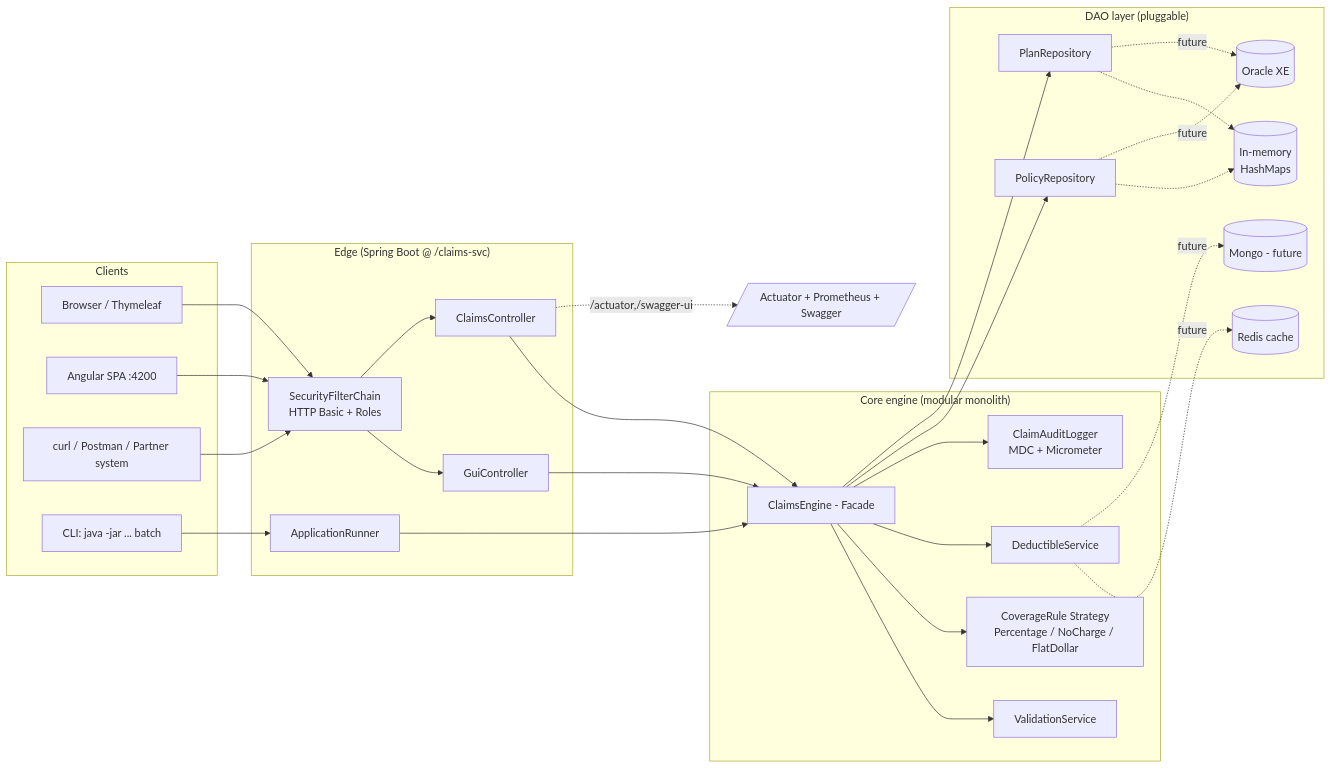
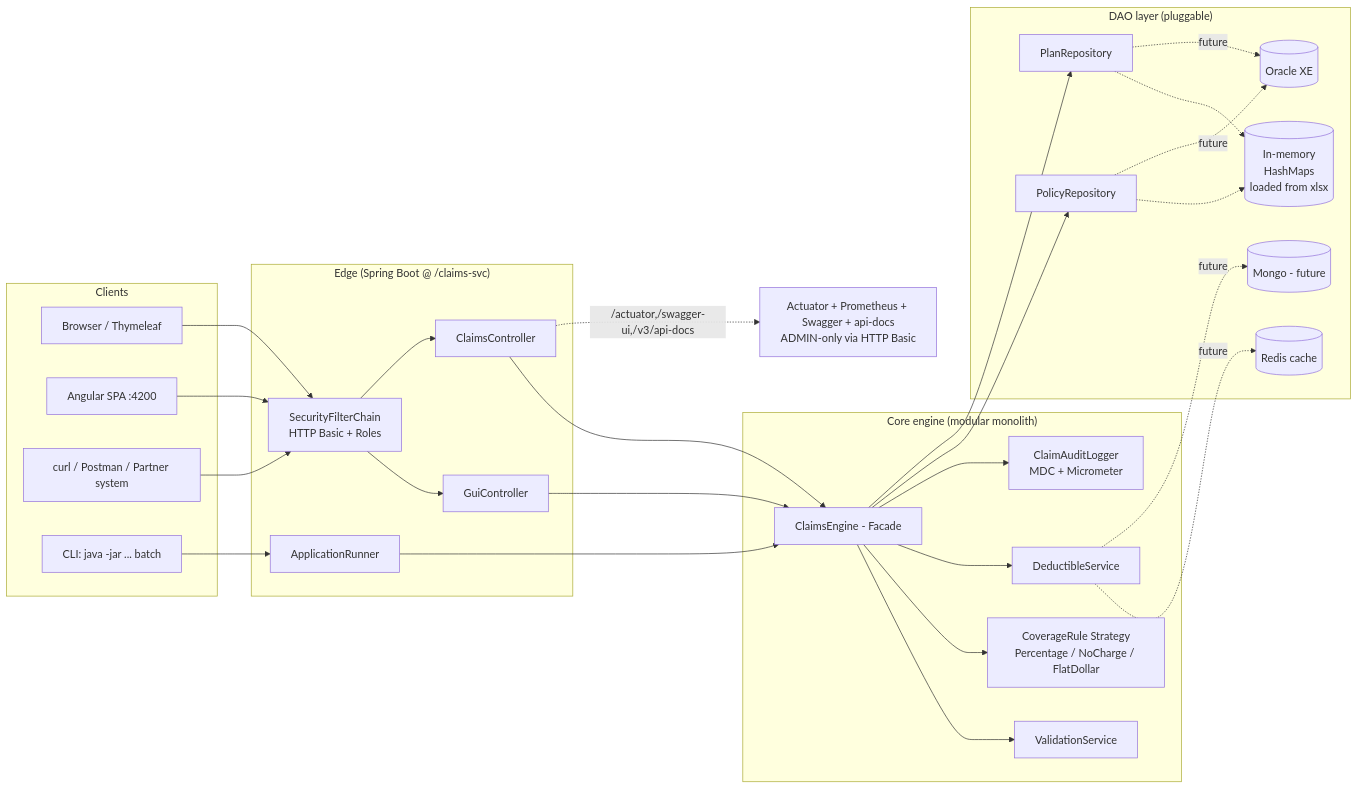
Before and after one commit to lokeshjpt/claims-svc: the first of 12 diagrams in ClaimsProcessor_DesignDocument.md, drawn with Mermaid. The commit also changed other lines of this file and 14 other files, not shown here.

````diff
--- a/ClaimsProcessor_DesignDocument.md
+++ b/ClaimsProcessor_DesignDocument.md
@@ -363,48 +368,48 @@
 ```mermaid
 flowchart LR
     subgraph Clients
       B[Browser / Thymeleaf]
       A[Angular SPA :4200]
       C[curl / Postman / Partner system]
       S[CLI: java -jar ... batch]
     end
 
     subgraph Edge["Edge (Spring Boot @ /claims-svc)"]
       SEC[SecurityFilterChain<br/>HTTP Basic + Roles]
       GUI[GuiController]
       REST[ClaimsController]
       CLI[ApplicationRunner]
     end
 
     subgraph Core["Core engine (modular monolith)"]
       ENG[ClaimsEngine - Facade]
       VAL[ValidationService]
       RULE[CoverageRule Strategy<br/>Percentage / NoCharge / FlatDollar]
       DED[DeductibleService]
       AUD[ClaimAuditLogger<br/>MDC + Micrometer]
     end
 
     subgraph Data["DAO layer (pluggable)"]
       PR[PolicyRepository]
       PL[PlanRepository]
-      INMEM[(In-memory<br/>HashMaps)]
+      INMEM[(In-memory<br/>HashMaps<br/>loaded from xlsx)]
       ORA[(Oracle XE)]
       REDIS[(Redis cache)]
       MONGO[(Mongo - future)]
     end
 
-    OBS[/Actuator + Prometheus + Swagger/]
+    OBS[Actuator + Prometheus + Swagger + api-docs<br/>ADMIN-only via HTTP Basic]
 
     B & A & C --> SEC
     SEC --> GUI & REST
     S --> CLI
     GUI & REST & CLI --> ENG
     ENG --> VAL & RULE & DED
     ENG --> AUD
     ENG --> PR & PL
     PR & PL -.-> INMEM
     PR & PL -.->|future| ORA
     DED -.->|future| REDIS
     DED -.->|future| MONGO
-    REST -.->|/actuator,/swagger-ui| OBS
+    REST -.->|/actuator,/swagger-ui,/v3/api-docs| OBS
 ```
````
